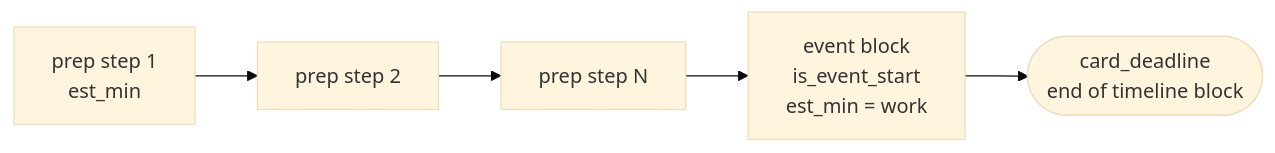
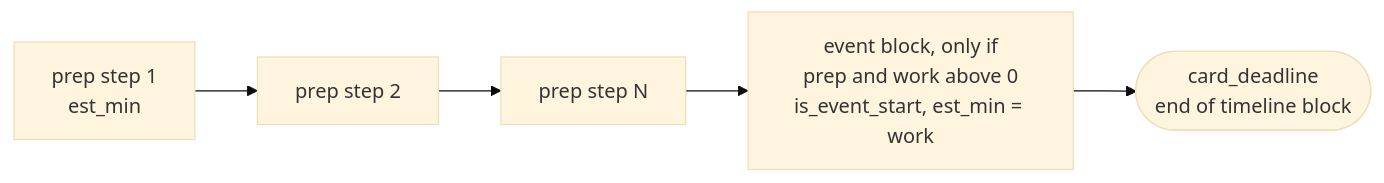
The diagram in docs/arch/15-step-chain.mmd (wai-lau/exec-fn), drawn with Mermaid (base theme) before and after one commit. The commit also changed 42 other files, not shown here.

```diff
--- a/docs/arch/15-step-chain.mmd
+++ b/docs/arch/15-step-chain.mmd
@@ -1,3 +1,3 @@
 flowchart LR
-    S1["prep step 1<br/>est_min"] --> S2["prep step 2"] --> SN["prep step N"] --> E["event block<br/>is_event_start<br/>est_min = work"]
+    S1["prep step 1<br/>est_min"] --> S2["prep step 2"] --> SN["prep step N"] --> E["event block, only if<br/>prep and work above 0<br/>is_event_start, est_min = work"]
     E --> DL(["card_deadline<br/>end of timeline block"])
```
